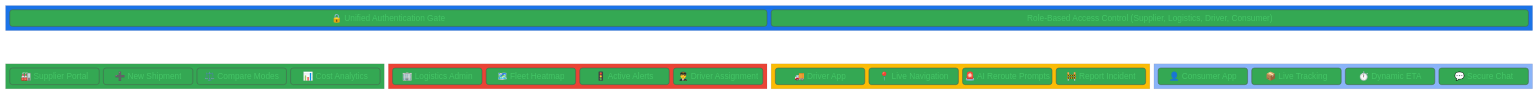
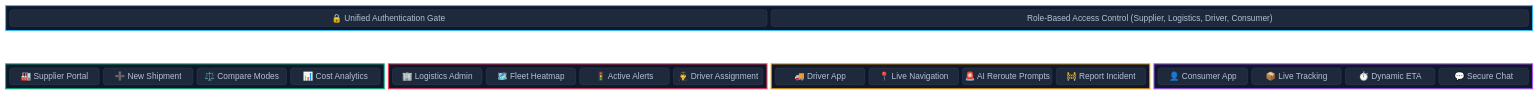
The fourth of 4 diagrams in readme.md (TechNoSena/Garuda), drawn with Mermaid before and after one commit. The commit also changed other lines of this file, not shown here.

````diff
--- a/readme.md
+++ b/readme.md
@@ -170,46 +178,46 @@
 ```mermaid
-%%{init: {"theme": "base", "themeVariables": {"primaryColor": "#34A853", "primaryTextColor": "#FFF", "lineColor": "#5F6368"}}}%%
+%%{init: {"theme": "base", "themeVariables": {"primaryColor": "#1E293B", "primaryTextColor": "#F8FAFC", "primaryBorderColor": "#334155", "lineColor": "#475569"}}}%%
 block-beta
     columns 4
     
     block:Auth:4
         Title("🔒 Unified Authentication Gate")
         Desc("Role-Based Access Control (Supplier, Logistics, Driver, Consumer)")
     end
 
     space:4
 
     block:Supplier:1
         S_Title("🏭 Supplier Portal")
         S_Btn1("➕ New Shipment")
         S_Btn2("⚖️ Compare Modes")
         S_Btn3("📊 Cost Analytics")
     end
 
     block:Logistics:1
         L_Title("🏢 Logistics Admin")
         L_Btn1("🗺️ Fleet Heatmap")
         L_Btn2("🚦 Active Alerts")
         L_Btn3("👨‍✈️ Driver Assignment")
     end
 
     block:Driver:1
         D_Title("🚚 Driver App")
         D_Btn1("📍 Live Navigation")
         D_Btn2("🚨 AI Reroute Prompts")
         D_Btn3("🚧 Report Incident")
     end
 
     block:Consumer:1
         C_Title("👤 Consumer App")
         C_Btn1("📦 Live Tracking")
         C_Btn2("⏱️ Dynamic ETA")
         C_Btn3("💬 Secure Chat")
     end
     
-    style Auth fill:#1A73E8
-    style Supplier fill:#34A853
-    style Logistics fill:#EA4335
-    style Driver fill:#FBBC05,color:#000
-    style Consumer fill:#8AB4F8,color:#000
+    style Auth fill:#0F172A,stroke:#38BDF8,stroke-width:2px,color:#F8FAFC
+    style Supplier fill:#0F172A,stroke:#10B981,stroke-width:2px,color:#F8FAFC
+    style Logistics fill:#0F172A,stroke:#F43F5E,stroke-width:2px,color:#F8FAFC
+    style Driver fill:#0F172A,stroke:#F59E0B,stroke-width:2px,color:#F8FAFC
+    style Consumer fill:#0F172A,stroke:#A855F7,stroke-width:2px,color:#F8FAFC
 ```
````
